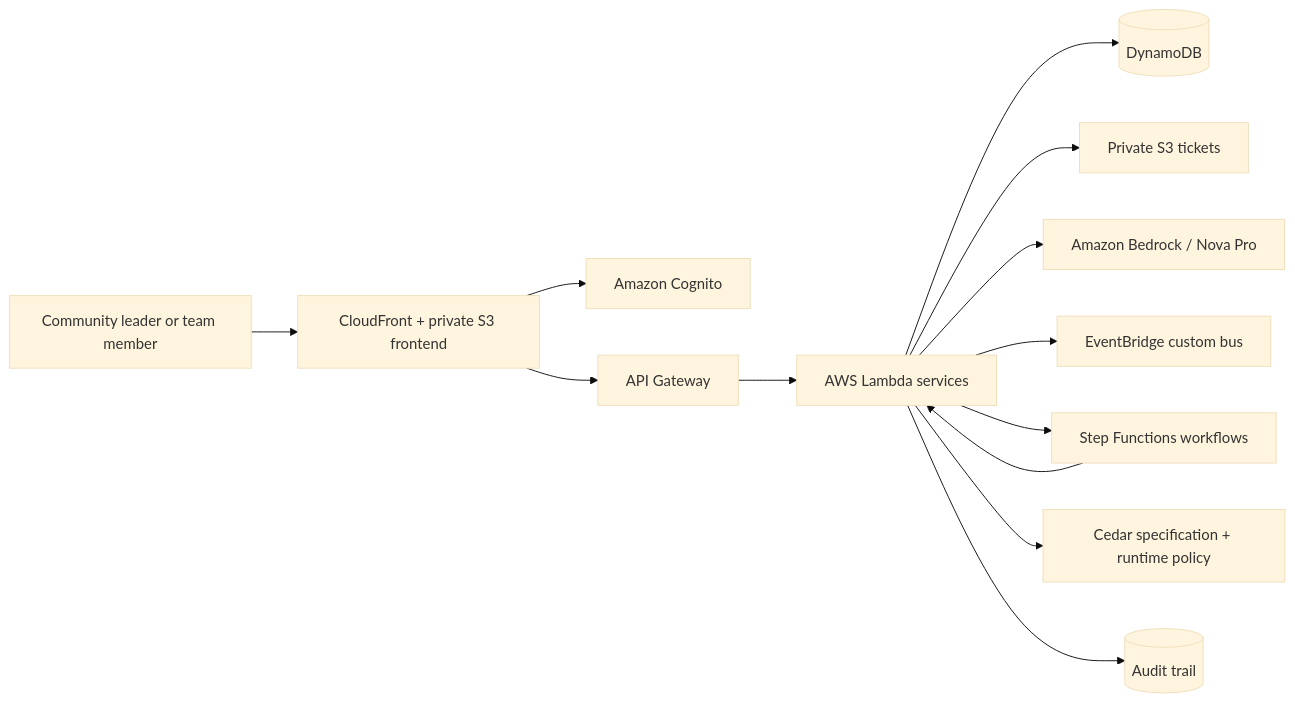
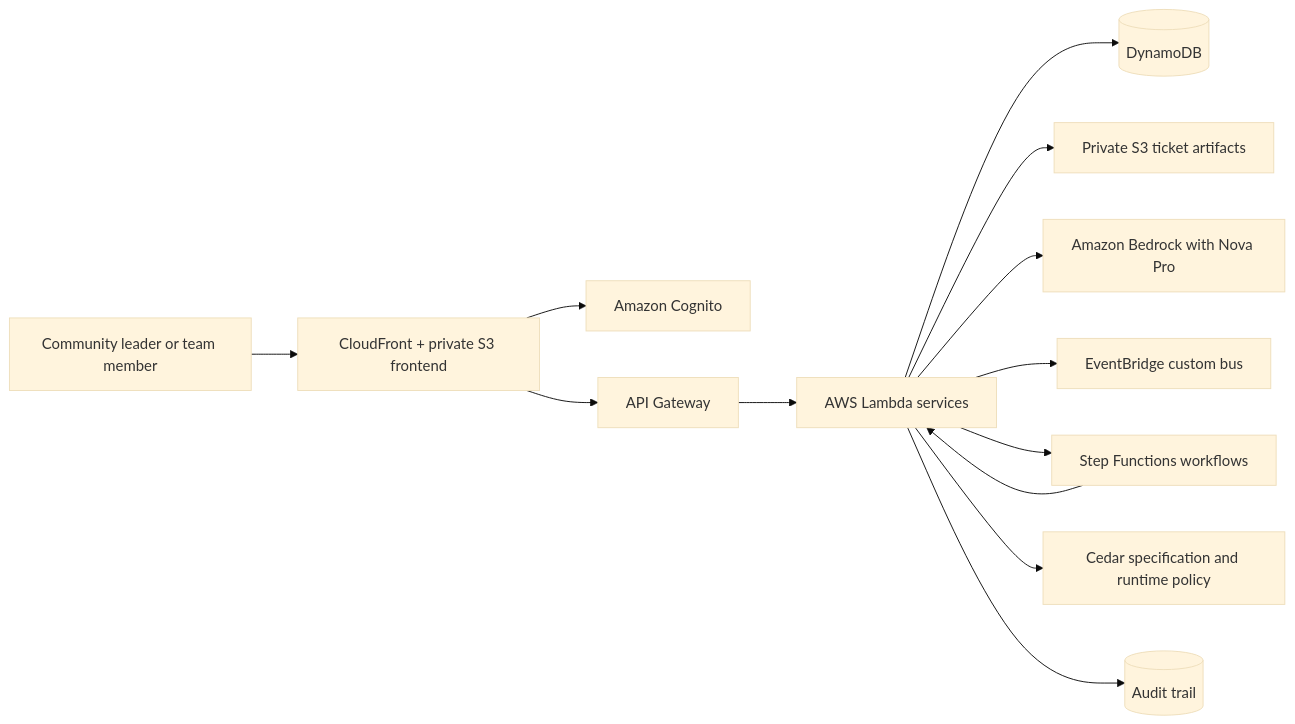
One commit to THE-S0HAM/we-build-bharat-prototype changed the diagram in README.md. Above: the diagram before and after it, drawn with Mermaid (base theme). The commit also changed other lines of this file, not shown here.

````diff
--- a/README.md
+++ b/README.md
@@ -129,15 +217,18 @@
 ```mermaid
 flowchart LR
     U[Community leader or team member] --> CF[CloudFront + private S3 frontend]
     CF --> C[Amazon Cognito]
     CF --> API[API Gateway]
+
     API --> L[AWS Lambda services]
+
     L --> D[(DynamoDB)]
-    L --> S3[Private S3 tickets]
-    L --> B[Amazon Bedrock / Nova Pro]
+    L --> S3[Private S3 ticket artifacts]
+    L --> B[Amazon Bedrock with Nova Pro]
     L --> E[EventBridge custom bus]
     L --> SF[Step Functions workflows]
-    L --> P[Cedar specification + runtime policy]
+    L --> P[Cedar specification and runtime policy]
     L --> A[(Audit trail)]
+
     SF --> L
 ```
````
